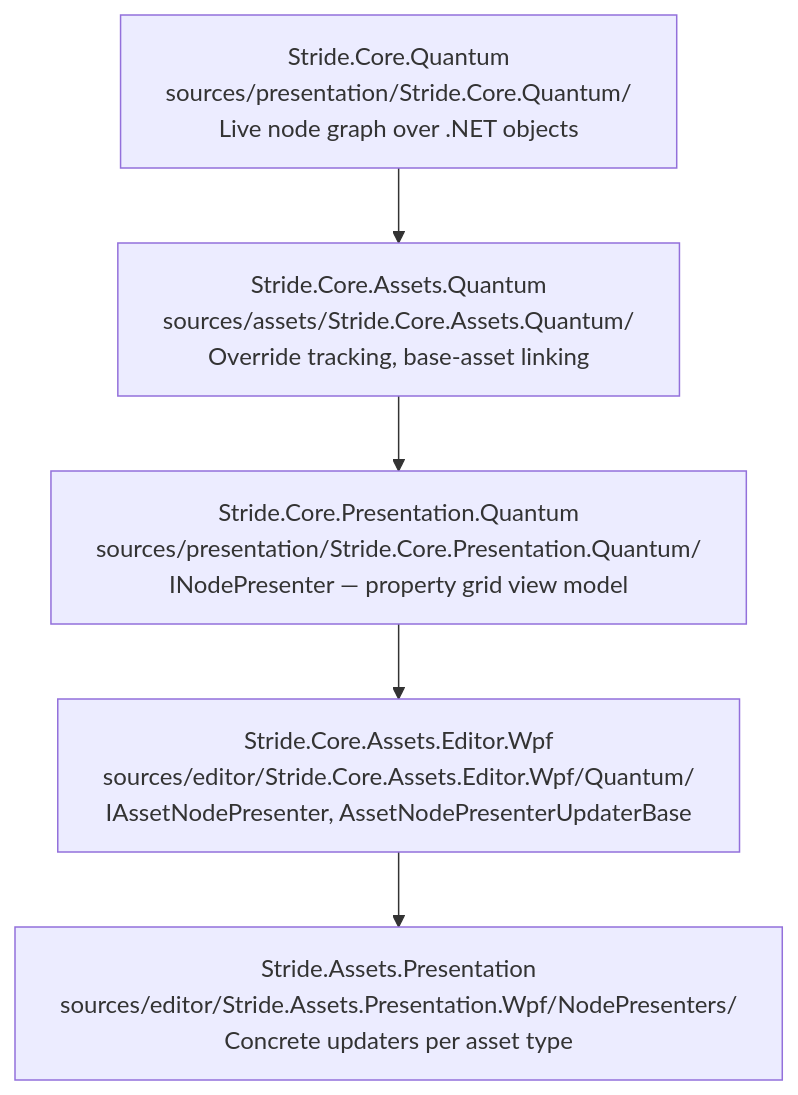
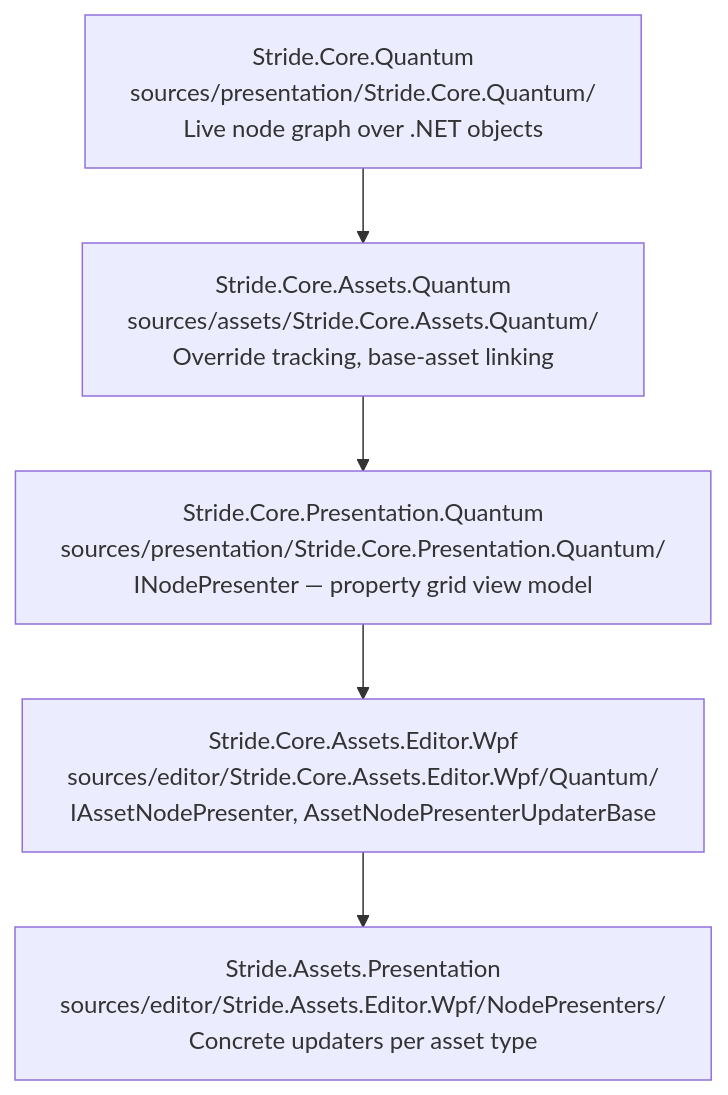
The diagram in docs/quantum/README.md (stride3d/stride), drawn with Mermaid before and after one commit. The commit also changed 430 other files, not shown here.

First line of the commit message:
refactor(editor): rename Stride.Assets.Presentation.Wpf to Stride.Assets.Editor.Wpf

````diff
--- a/docs/quantum/README.md
+++ b/docs/quantum/README.md
@@ -7,13 +7,13 @@
 ```mermaid
 flowchart TD
     A["Stride.Core.Quantum<br/>sources/presentation/Stride.Core.Quantum/<br/>Live node graph over .NET objects"]
     B["Stride.Core.Assets.Quantum<br/>sources/assets/Stride.Core.Assets.Quantum/<br/>Override tracking, base-asset linking"]
     C["Stride.Core.Presentation.Quantum<br/>sources/presentation/Stride.Core.Presentation.Quantum/<br/>INodePresenter — property grid view model"]
     D["Stride.Core.Assets.Editor.Wpf<br/>sources/editor/Stride.Core.Assets.Editor.Wpf/Quantum/<br/>IAssetNodePresenter, AssetNodePresenterUpdaterBase"]
-    E["Stride.Assets.Presentation<br/>sources/editor/Stride.Assets.Presentation.Wpf/NodePresenters/<br/>Concrete updaters per asset type"]
+    E["Stride.Assets.Presentation<br/>sources/editor/Stride.Assets.Editor.Wpf/NodePresenters/<br/>Concrete updaters per asset type"]
 
     A --> B
     B --> C
     C --> D
     D --> E
 ```
````
